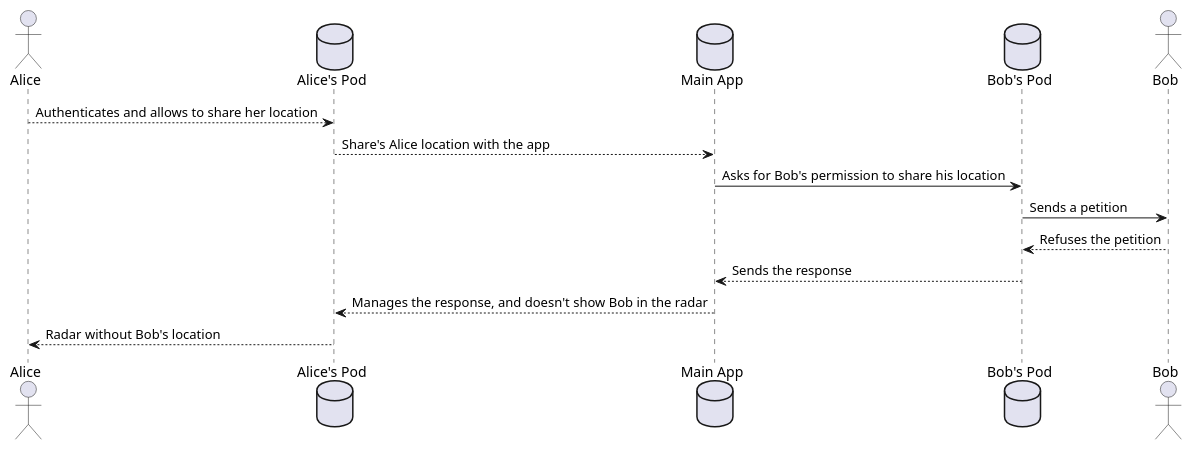
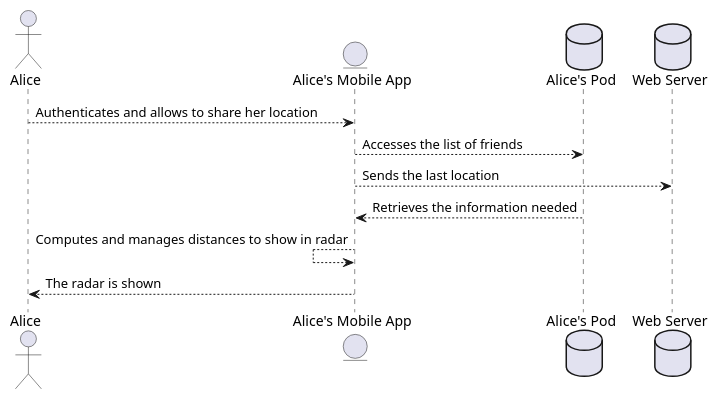
Before and after one commit to Arquisoft/radarin_en1b: the first of 2 diagrams in webapp/docs/06_runtime_view.adoc, drawn with PlantUML. The commit also changed other lines of this file, not shown here.

```diff
--- a/webapp/docs/06_runtime_view.adoc
+++ b/webapp/docs/06_runtime_view.adoc
@@ -73,16 +45,13 @@
-[plantuml,"Sequence diagram 2",png]
+[plantuml,"Sequence diagram 1",png]
 ----
 actor Alice
+entity MAApp as "Alice's Mobile App"
 database Pod1 as "Alice's Pod"
-database App as "Main App"
-database Pod2 as "Bob's Pod"
-actor Bob
-Alice --> Pod1: Authenticates and allows to share her location
-Pod1 --> App: Share's Alice location with the app
-App  -> Pod2: Asks for Bob's permission to share his location
-Pod2 -> Bob: Sends a petition
-Pod2 <-- Bob: Refuses the petition
-App <-- Pod2: Sends the response
-Pod1 <-- App: Manages the response, and doesn't show Bob in the radar
-Alice <-- Pod1: Radar without Bob's location
+database Server as "Web Server"
+Alice --> MAApp: Authenticates and allows to share her location
+MAApp --> Pod1: Accesses the list of friends
+MAApp --> Server: Sends the last location
+MAApp <-- Pod1: Retrieves the information needed
+MAApp <-- MAApp: Computes and manages distances to show in radar
+Alice <-- MAApp: The radar is shown
 ----
```
